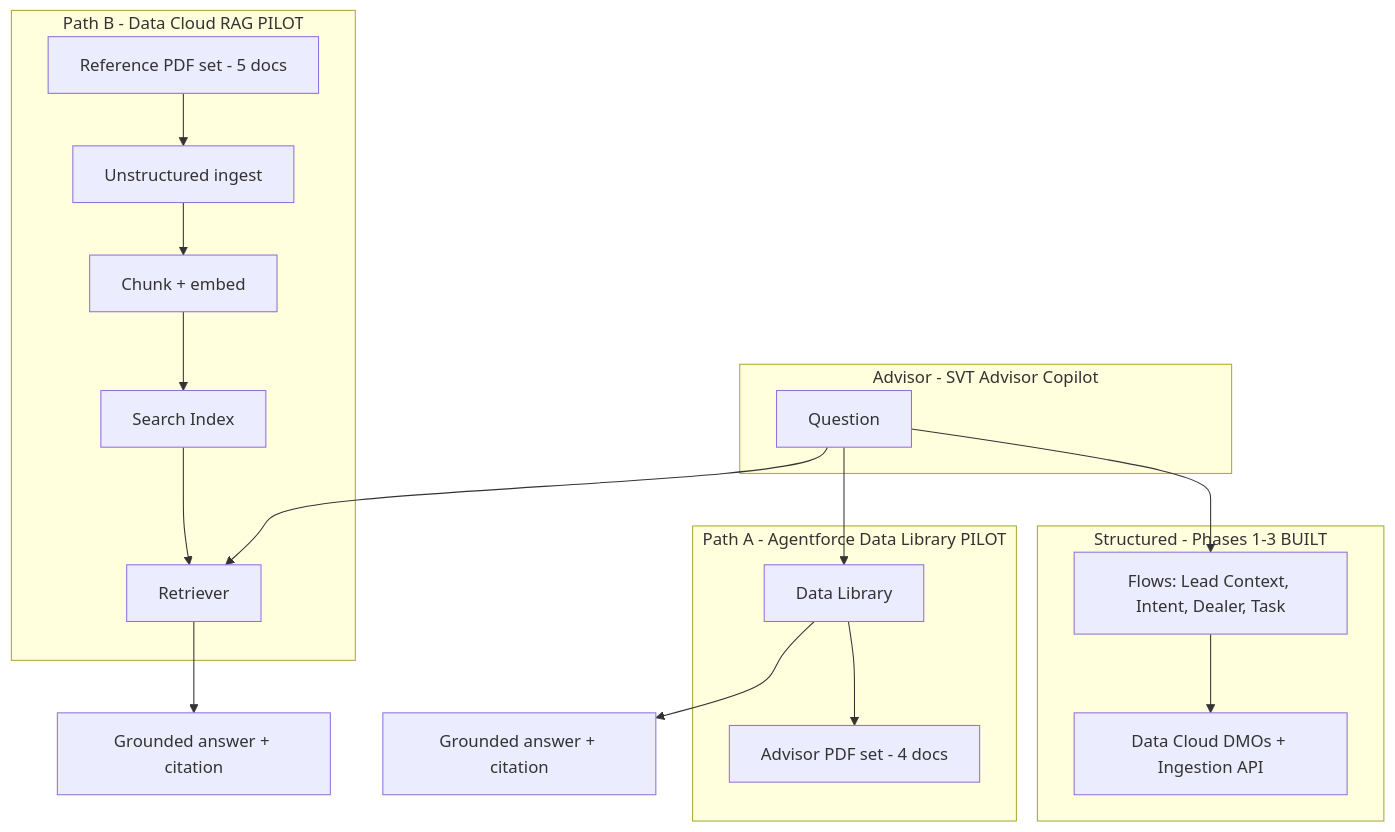
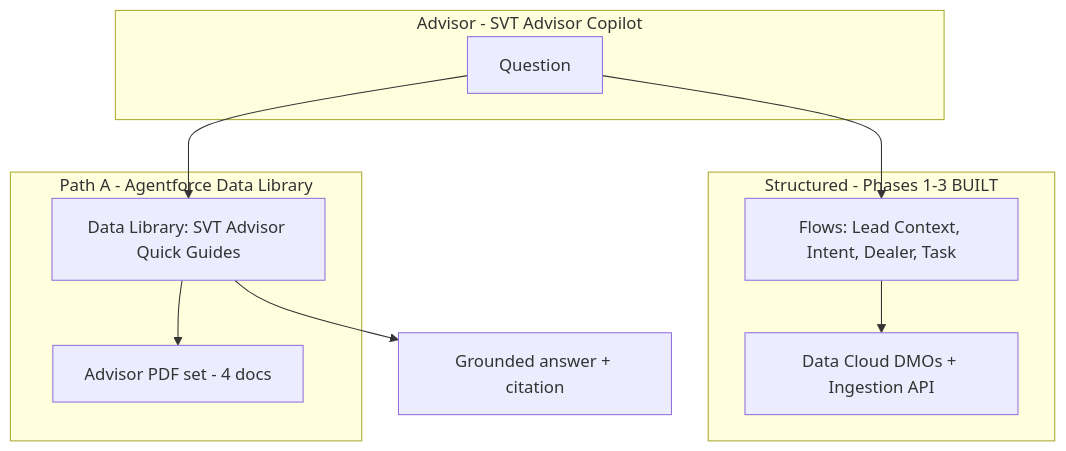
Before and after one commit to mightyForce/forcebewithyou: the diagram in docs/svt-rag-pilot-v1-reference.md, drawn with Mermaid. The commit also changed other lines of this file and 3 other files, not shown here.

First line of the commit message:
Drop Path B RAG; document Path A Data Library only

````diff
--- a/docs/svt-rag-pilot-v1-reference.md
+++ b/docs/svt-rag-pilot-v1-reference.md
@@ -82,33 +77,22 @@
 ```mermaid
 flowchart TB
     subgraph advisor [Advisor - SVT Advisor Copilot]
         Q[Question]
     end
 
     subgraph structured [Structured - Phases 1-3 BUILT]
         F1[Flows: Lead Context, Intent, Dealer, Task]
         DMO[Data Cloud DMOs + Ingestion API]
     end
 
-    subgraph rag_a [Path A - Agentforce Data Library PILOT]
-        DL[Data Library]
+    subgraph rag_a [Path A - Agentforce Data Library]
+        DL[Data Library: SVT Advisor Quick Guides]
         PDF_A[Advisor PDF set - 4 docs]
         DL --> PDF_A
-    end
-
-    subgraph rag_b [Path B - Data Cloud RAG PILOT]
-        UD[Unstructured ingest]
-        CH[Chunk + embed]
-        SI[Search Index]
-        RET[Retriever]
-        PDF_B[Reference PDF set - 5 docs]
-        PDF_B --> UD --> CH --> SI --> RET
     end
 
     Q --> F1
     F1 --> DMO
     Q --> DL
-    Q --> RET
     DL --> A1[Grounded answer + citation]
-    RET --> A2[Grounded answer + citation]
 ```
````
